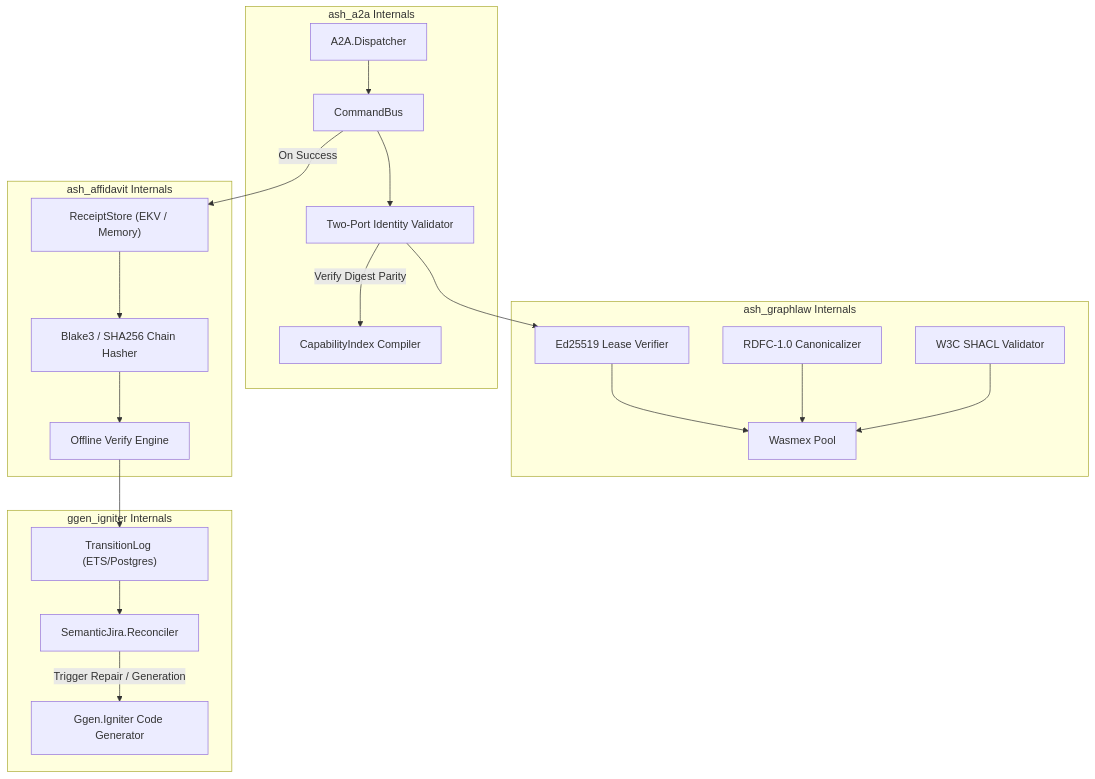
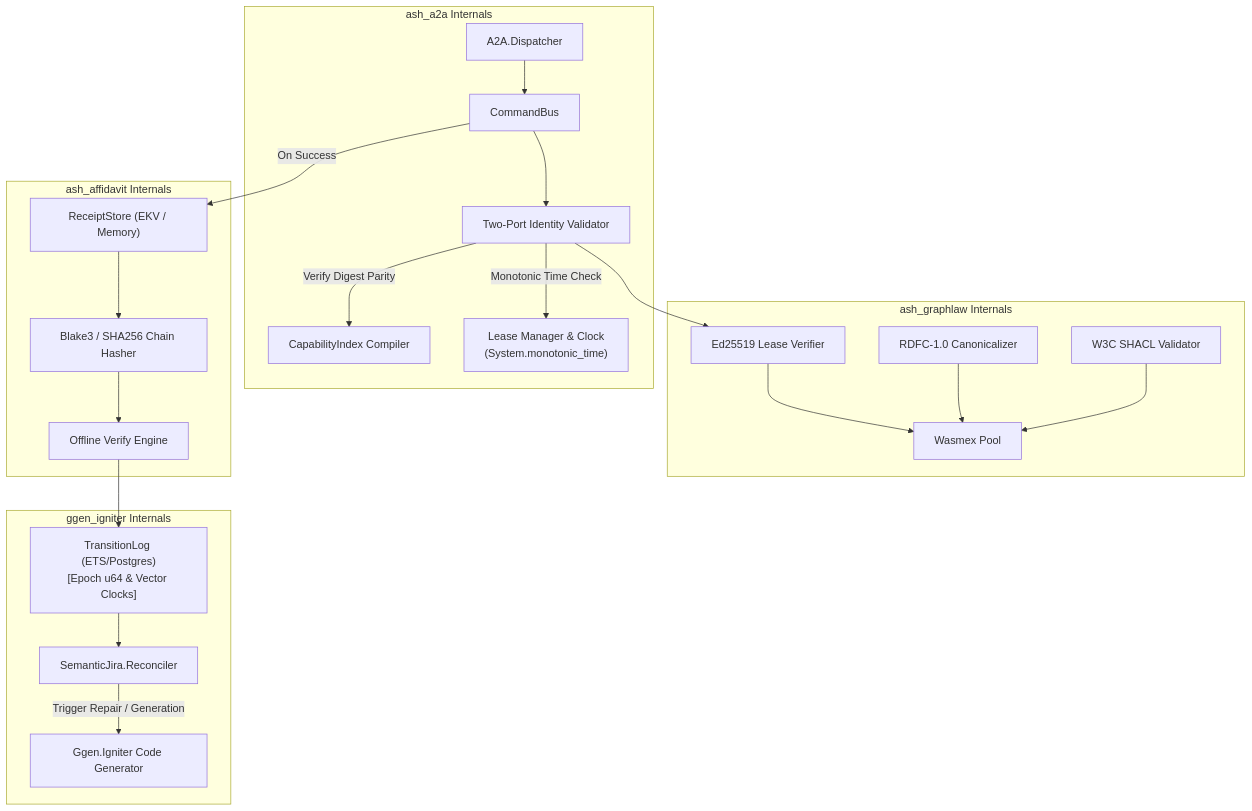
The third of 6 diagrams in docs/architecture/loops-of-loops.md (seanchatmangpt/chatman-ecosystem), drawn with Mermaid before and after one commit. The commit also changed other lines of this file, not shown here.

Commit message:
docs(architecture): harden loops-of-loops with differential projection, epistemic horizon, and monotonic restriction

````diff
--- a/docs/architecture/loops-of-loops.md
+++ b/docs/architecture/loops-of-loops.md
@@ -107,45 +114,47 @@
 ```mermaid
 flowchart TB
     subgraph ash_a2a["ash_a2a Internals"]
         CmdBus["CommandBus"]
         Dispatcher["A2A.Dispatcher"]
         TwoPortGate["Two-Port Identity Validator"]
         CapabilityIndex["CapabilityIndex Compiler"]
+        LeaseManager["Lease Manager & Clock\n(System.monotonic_time)"]
     end
 
     subgraph ash_graphlaw["ash_graphlaw Internals"]
         WasmPool["Wasmex Pool"]
         DigestEngine["RDFC-1.0 Canonicalizer"]
         ShaclValidator["W3C SHACL Validator"]
         LeaseVerifier["Ed25519 Lease Verifier"]
     end
 
     subgraph ash_affidavit["ash_affidavit Internals"]
         ReceiptStore["ReceiptStore (EKV / Memory)"]
         ChainHasher["Blake3 / SHA256 Chain Hasher"]
         Attestor["Offline Verify Engine"]
     end
 
     subgraph ggen_igniter["ggen_igniter Internals"]
         Reconciler["SemanticJira.Reconciler"]
-        TransitionLog["TransitionLog (ETS/Postgres)"]
+        TransitionLog["TransitionLog (ETS/Postgres)\n[Epoch u64 & Vector Clocks]"]
         CodeGenerator["Ggen.Igniter Code Generator"]
     end
 
     Dispatcher --> CmdBus
     CmdBus --> TwoPortGate
     TwoPortGate -->|"Verify Digest Parity"| CapabilityIndex
+    TwoPortGate -->|"Monotonic Time Check"| LeaseManager
 
     TwoPortGate --> LeaseVerifier
     LeaseVerifier --> WasmPool
     DigestEngine --> WasmPool
     ShaclValidator --> WasmPool
 
     CmdBus -->|"On Success"| ReceiptStore
     ReceiptStore --> ChainHasher
     ChainHasher --> Attestor
 
     Attestor --> TransitionLog
     TransitionLog --> Reconciler
     Reconciler -->|"Trigger Repair / Generation"| CodeGenerator
 ```
````
